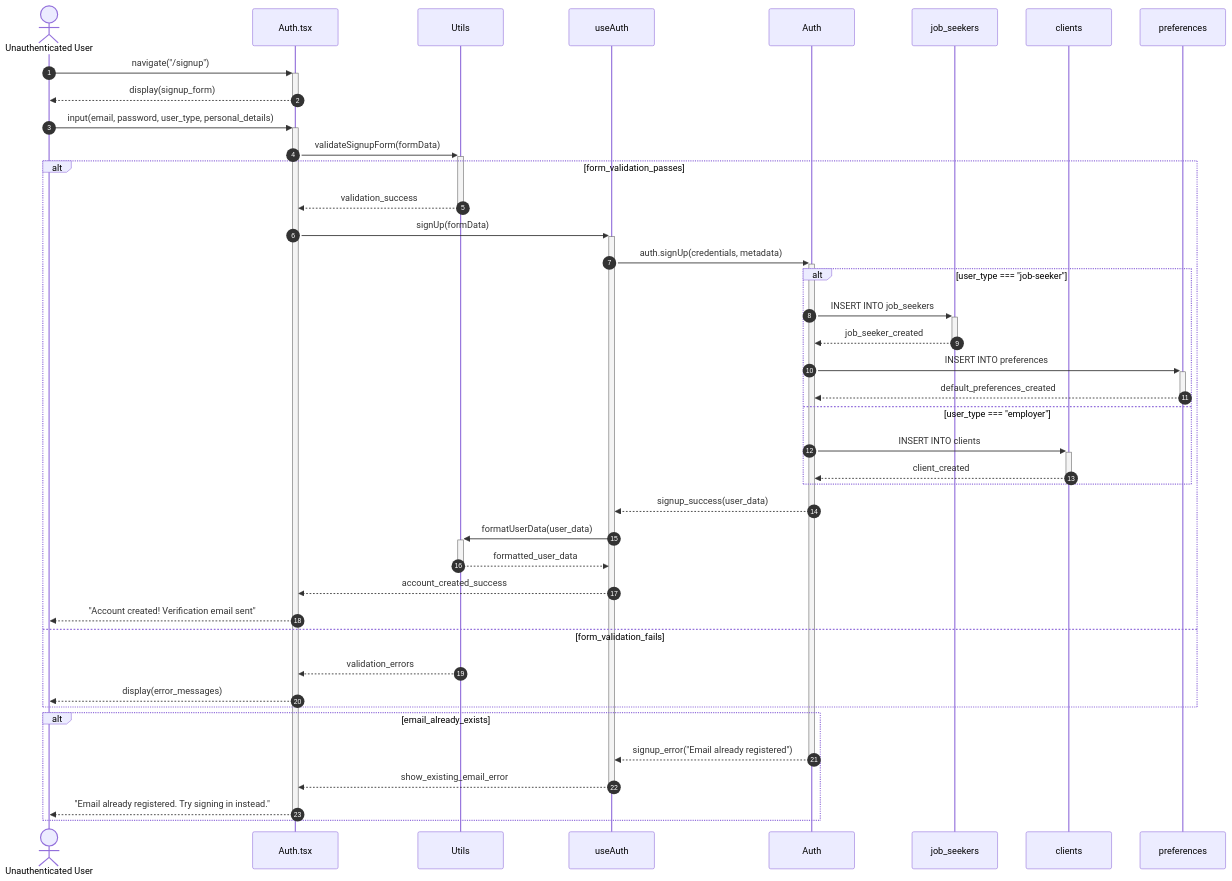
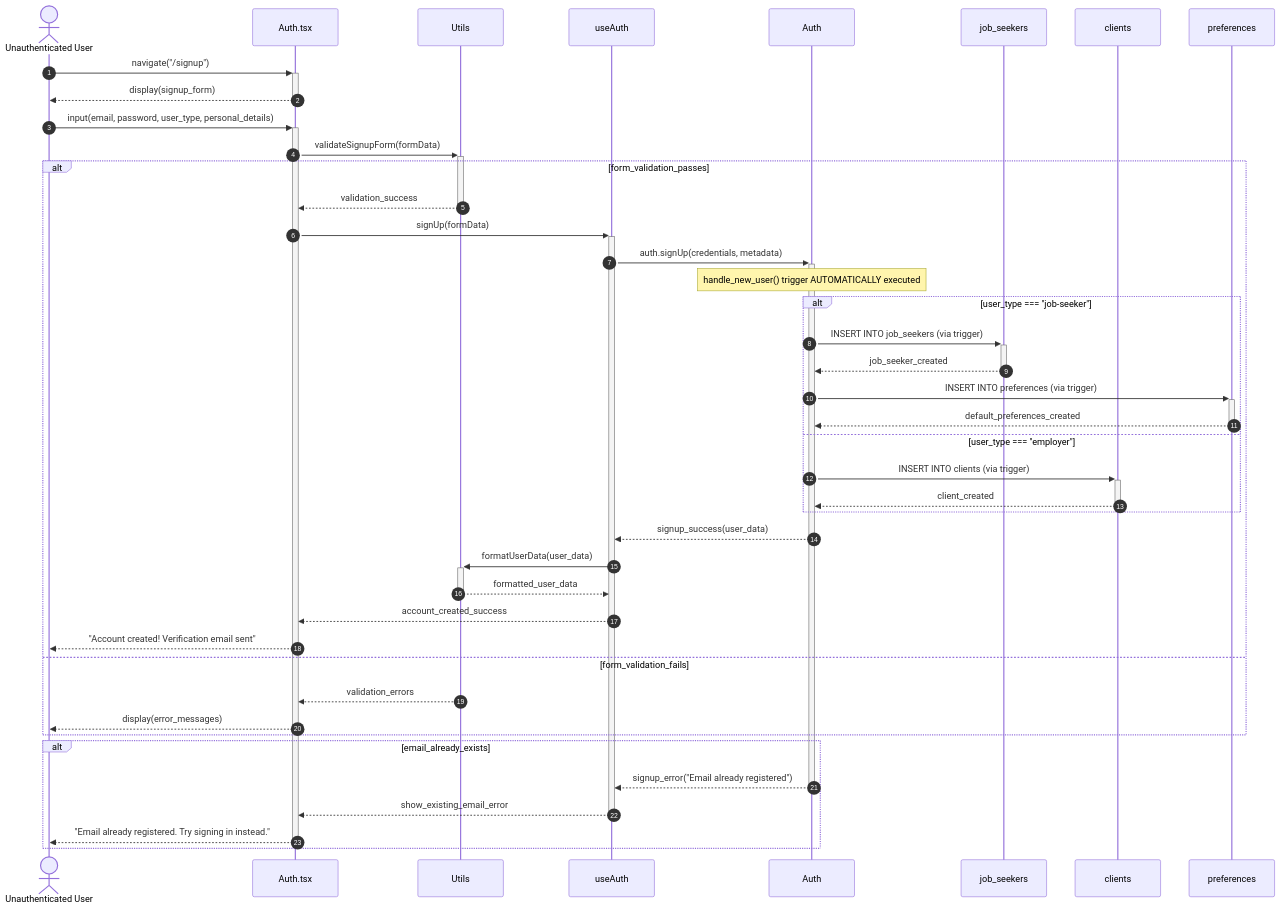
One commit to Seanlhe/optistaff-frontend changed the diagram in use_case_1_refactored_sequence.md. Above: the diagram before and after it, drawn with Mermaid. The commit also changed other lines of this file and 23 other files, not shown here.

````diff
--- a/use_case_1_refactored_sequence.md
+++ b/use_case_1_refactored_sequence.md
@@ -13,56 +13,59 @@
 ```mermaid
 sequenceDiagram
     actor User as Unauthenticated User
     participant View as Auth.tsx
     participant Utils as Utils
     participant Controller as useAuth
     participant AuthUsers as Auth
     participant JobSeekers as job_seekers
     participant Clients as clients
     participant Preferences as preferences
 
     autonumber
     %% User navigates to signup
     User->>+View: navigate("/signup")
     View-->>-User: display(signup_form)
 
     %% User fills form and submits
     User->>+View: input(email, password, user_type, personal_details)
     View->>+Utils: validateSignupForm(formData)
 
     alt form_validation_passes
         Utils-->>-View: validation_success
         View->>+Controller: signUp(formData)
 
         %% Authentication with Supabase
         Controller->>+AuthUsers: auth.signUp(credentials, metadata)
-
-        %% Profile creation based on user type
+        
+        %% Database trigger automatically fired
+        Note over AuthUsers: handle_new_user() trigger AUTOMATICALLY executed
+        
+        %% Profile creation based on user type (via trigger)
         alt user_type === "job-seeker"
-            AuthUsers->>+JobSeekers: INSERT INTO job_seekers
+            AuthUsers->>+JobSeekers: INSERT INTO job_seekers (via trigger)
             JobSeekers-->>-AuthUsers: job_seeker_created
-            AuthUsers->>+Preferences: INSERT INTO preferences
+            AuthUsers->>+Preferences: INSERT INTO preferences (via trigger)
             Preferences-->>-AuthUsers: default_preferences_created
         else user_type === "employer"
-            AuthUsers->>+Clients: INSERT INTO clients
+            AuthUsers->>+Clients: INSERT INTO clients (via trigger)
             Clients-->>-AuthUsers: client_created
         end
 
         AuthUsers-->>Controller: signup_success(user_data)
         Controller->>+Utils: formatUserData(user_data)
         Utils-->>-Controller: formatted_user_data
         Controller-->>View: account_created_success
         View-->>User: "Account created! Verification email sent"
 
     else form_validation_fails
         Utils-->>View: validation_errors
         View-->>User: display(error_messages)
     end
 
     %% Error handling for existing email
     alt email_already_exists
         AuthUsers-->>-Controller: signup_error("Email already registered")
         Controller-->>-View: show_existing_email_error
         View-->>-User: "Email already registered. Try signing in instead."
     end
 ```
````
